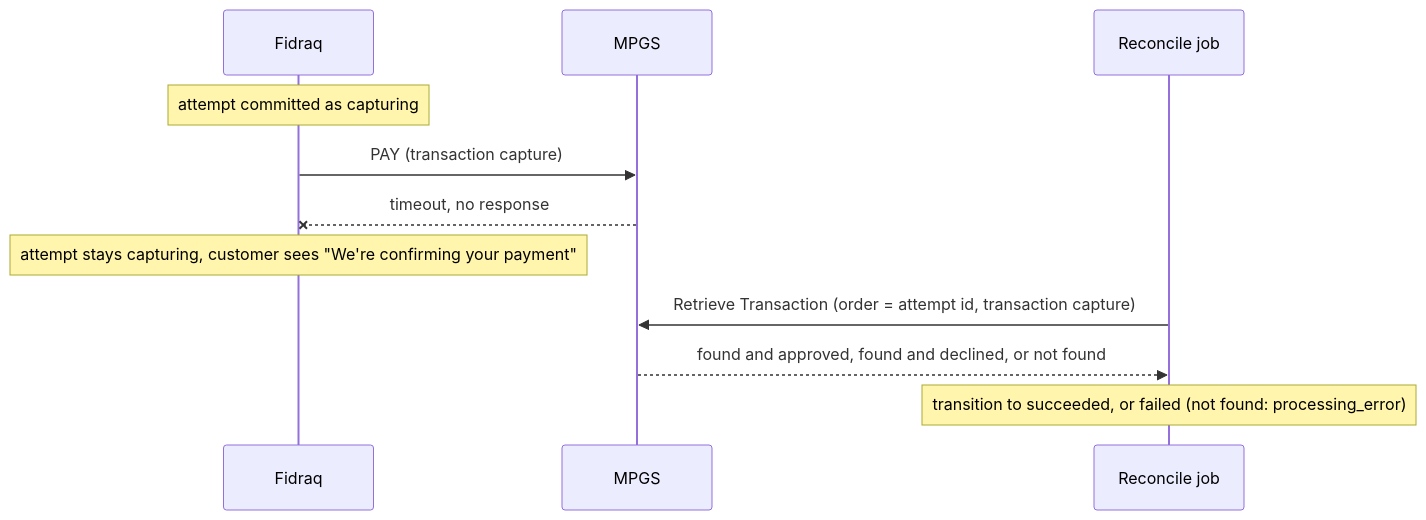
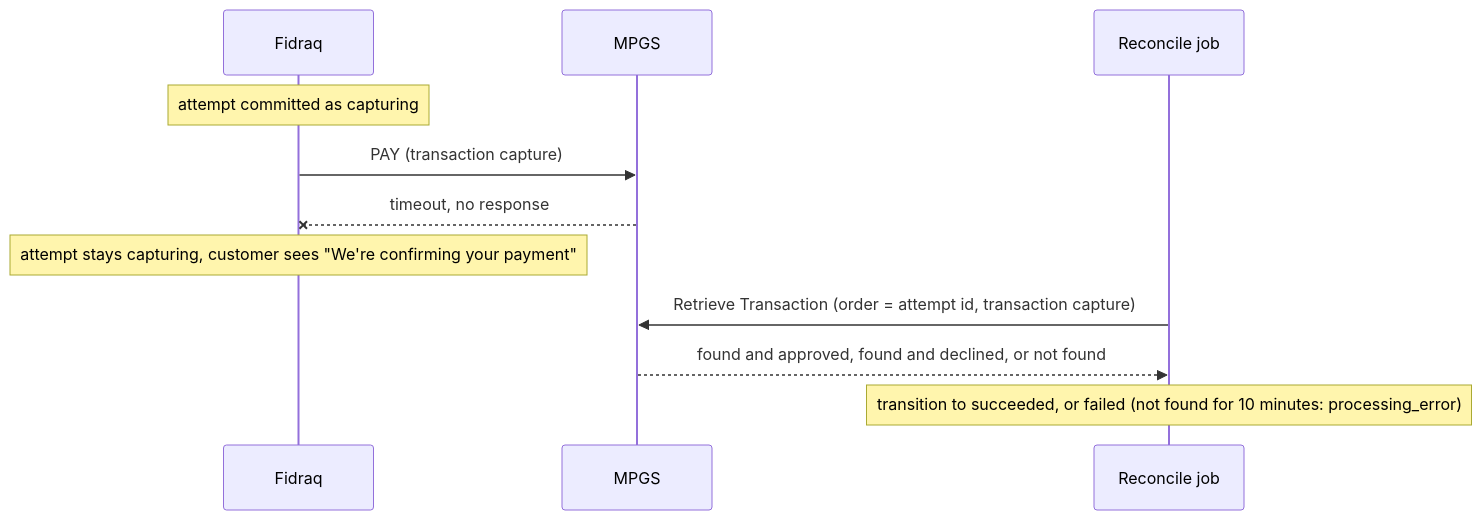
Before and after one commit to fidraq/fidraq: the second of 2 diagrams in docs/design/payments-core-v1.md, drawn with Mermaid. The commit also changed other lines of this file and 1 other file, not shown here.

````diff
--- a/docs/design/payments-core-v1.md
+++ b/docs/design/payments-core-v1.md
@@ -187,14 +187,14 @@
 ```mermaid
 sequenceDiagram
     participant F as Fidraq
     participant M as MPGS
     participant R as Reconcile job
 
     Note over F: attempt committed as capturing
     F->>M: PAY (transaction capture)
     M--xF: timeout, no response
     Note over F: attempt stays capturing, customer sees "We're confirming your payment"
     R->>M: Retrieve Transaction (order = attempt id, transaction capture)
     M-->>R: found and approved, found and declined, or not found
-    Note over R: transition to succeeded, or failed (not found: processing_error)
+    Note over R: transition to succeeded, or failed (not found for 10 minutes: processing_error)
 ```
````
